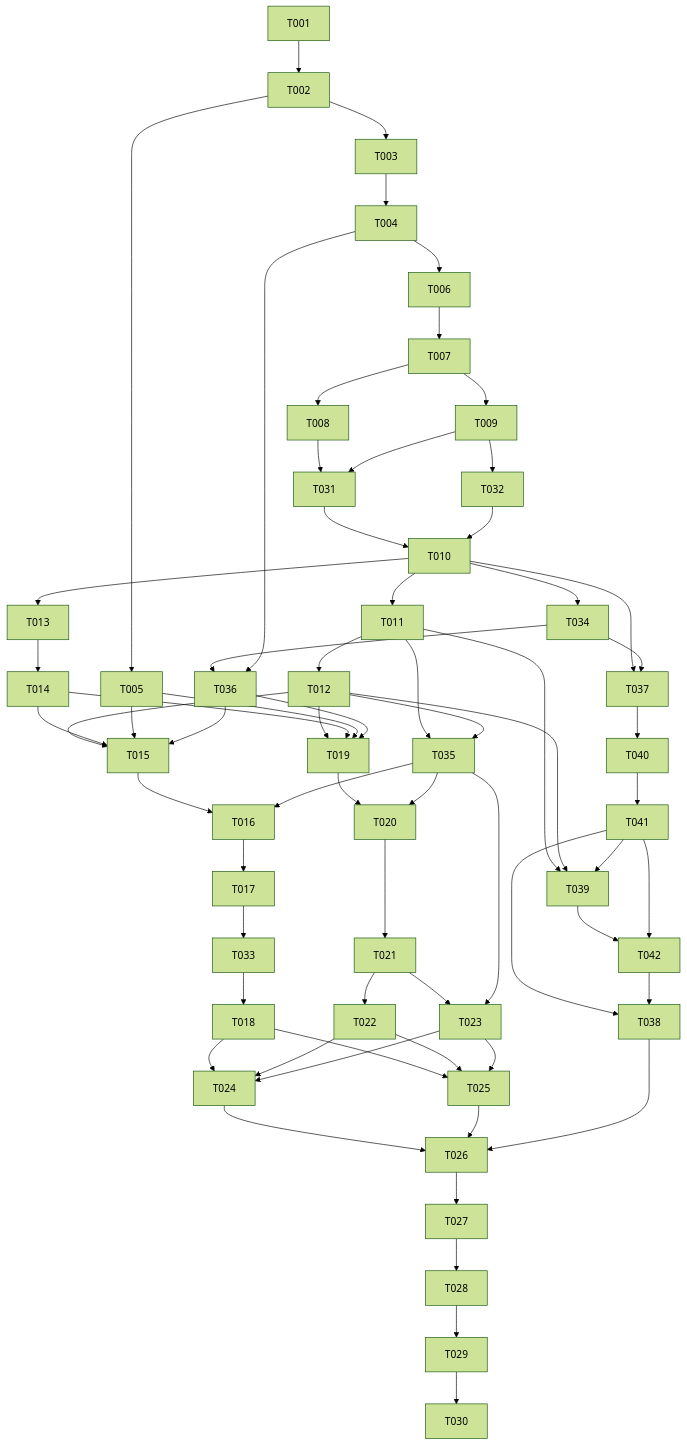
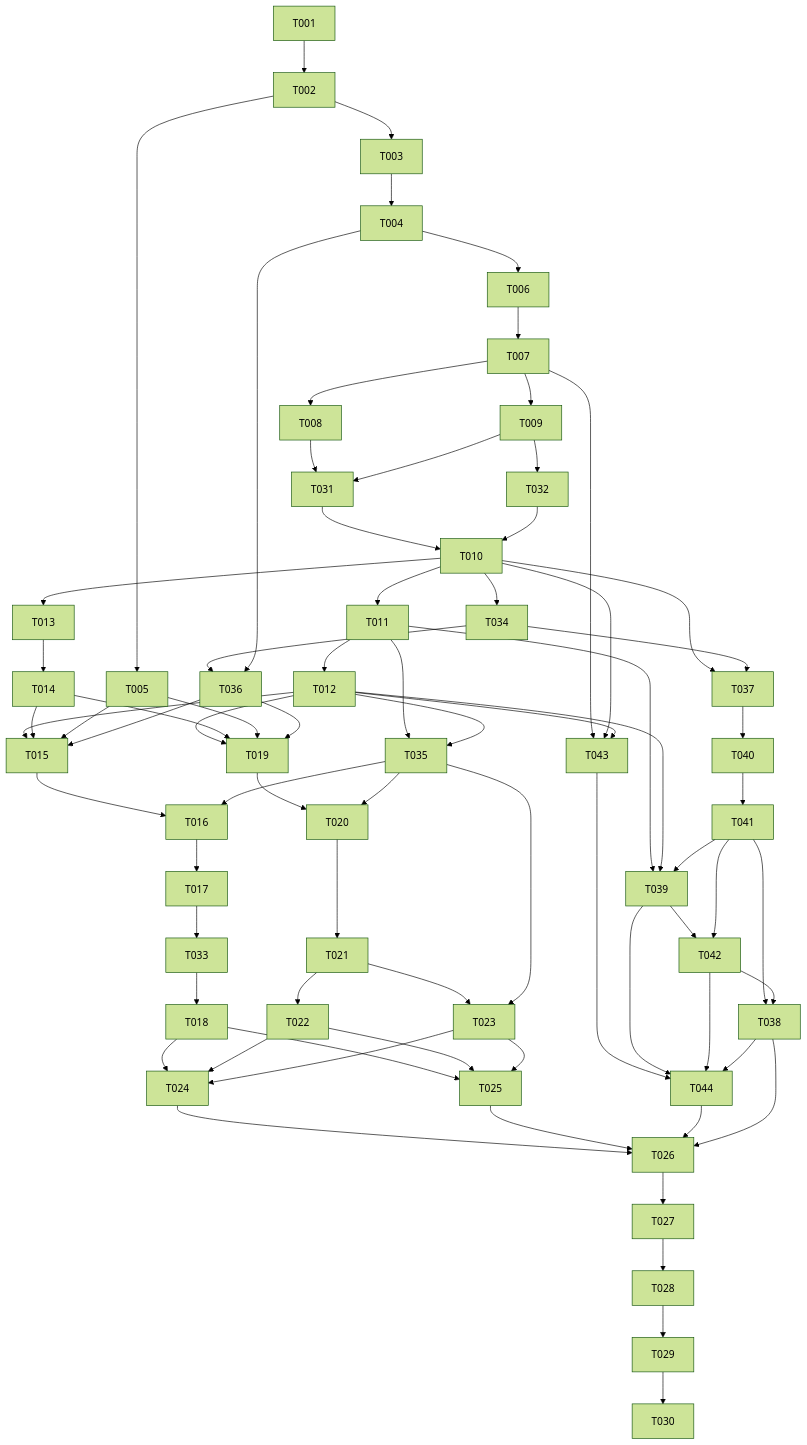
Before and after one commit to ronronner02/multi-agent: the diagram in docs/tasks/2026-10-13-001-feat-multi-agent-team-tasks.md, drawn with Mermaid (forest theme). The commit also changed other lines of this file and 17 other files, not shown here.

````diff
--- a/docs/tasks/2026-10-13-001-feat-multi-agent-team-tasks.md
+++ b/docs/tasks/2026-10-13-001-feat-multi-agent-team-tasks.md
@@ -118,55 +120,63 @@
 ```mermaid
 flowchart TD
   T001 --> T002
   T002 --> T003 --> T004 --> T006 --> T007
   T002 --> T005
   T007 --> T008
   T007 --> T009
   T008 --> T031
   T009 --> T031
   T009 --> T032
   T031 --> T010
   T032 --> T010
   T010 --> T011 --> T012
   T010 --> T013 --> T014
   T012 --> T015
   T014 --> T015
   T005 --> T015
   T015 --> T016 --> T017 --> T033 --> T018
   T012 --> T019
   T014 --> T019
   T005 --> T019
   T019 --> T020 --> T021
   T021 --> T022
   T021 --> T023
   T018 --> T024
   T022 --> T024
   T023 --> T024
   T018 --> T025
   T022 --> T025
   T023 --> T025
   T024 --> T026
   T025 --> T026
   T010 --> T034 --> T036
   T010 --> T037
   T034 --> T037
   T037 --> T040
   T040 --> T041
   T041 --> T038
   T011 --> T039
   T012 --> T039
   T041 --> T039
   T039 --> T042
   T041 --> T042
   T042 --> T038
+  T007 --> T043
+  T010 --> T043
+  T012 --> T043
+  T043 --> T044
+  T039 --> T044
+  T042 --> T044
+  T038 --> T044
+  T044 --> T026
   T038 --> T026
   T004 --> T036
   T036 --> T015
   T036 --> T019
   T011 --> T035
   T012 --> T035
   T035 --> T016
   T035 --> T020
   T035 --> T023
   T026 --> T027 --> T028 --> T029 --> T030
 ```
````
